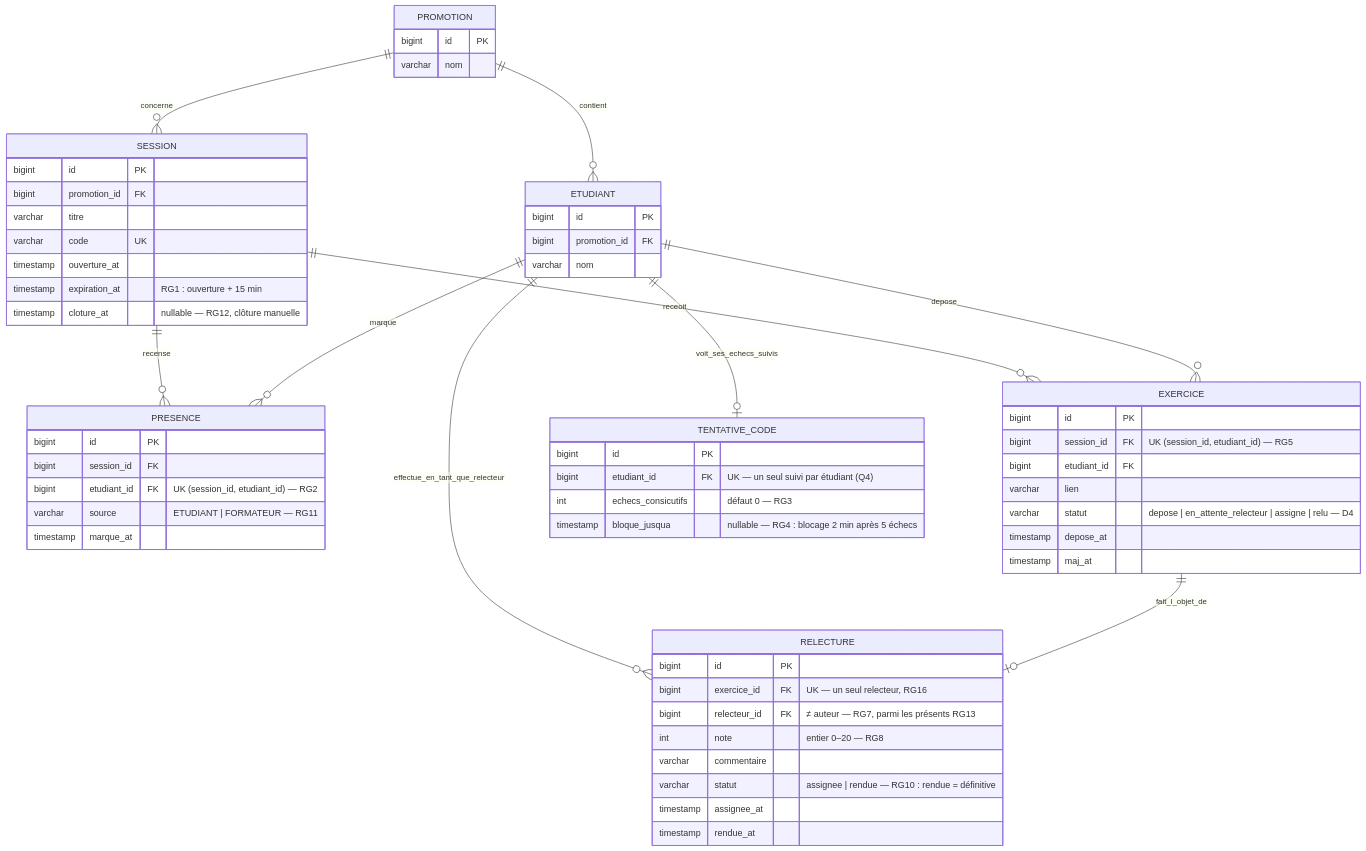
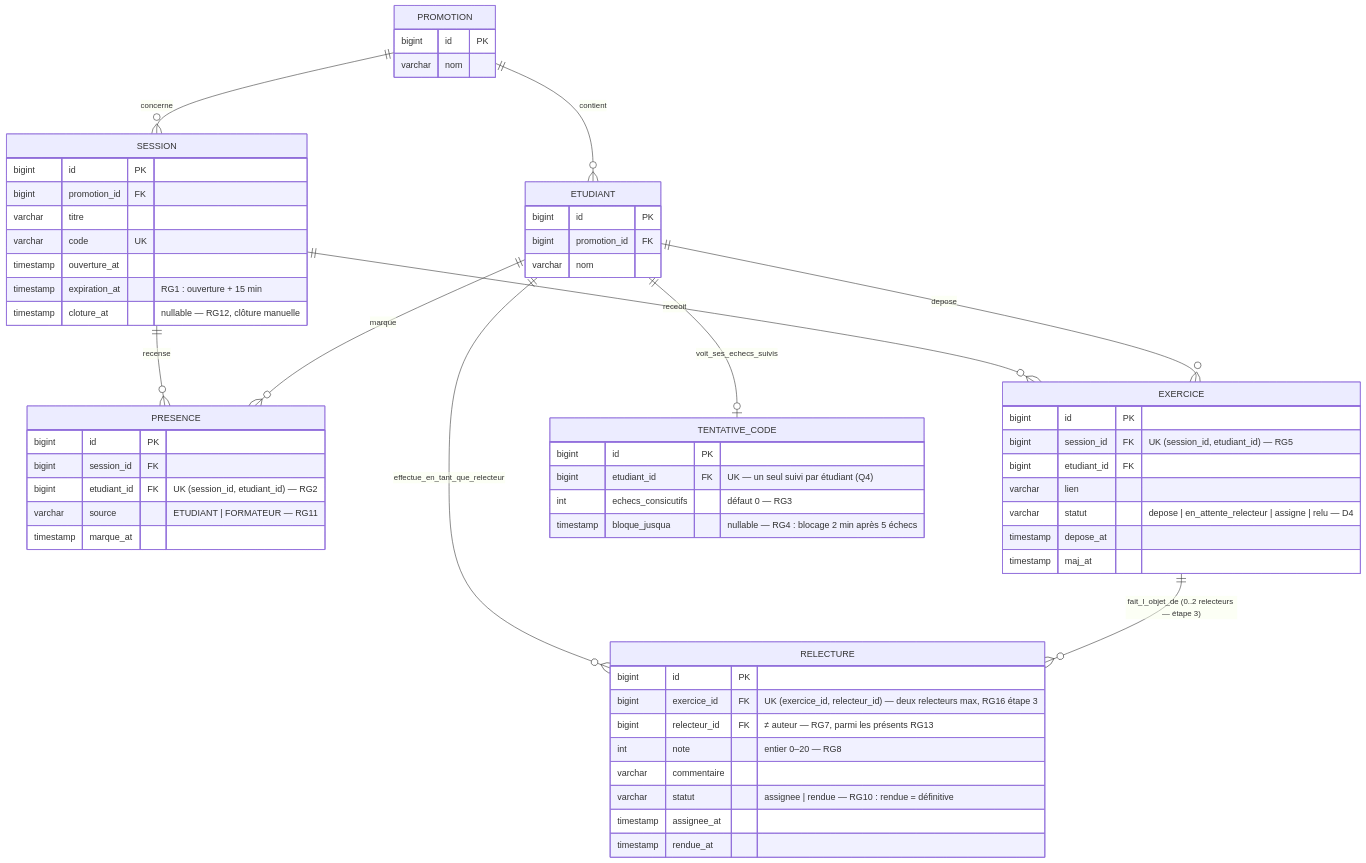
One commit to jordane237/kfokam48-epreuve-247 changed the diagram in docs/diagrammes/D2_classes.md. Above: the diagram before and after it, drawn with Mermaid. The commit also changed other lines of this file and 2 other files, not shown here.

Commit message:
docs: mise à jour de l'analyse suite au changement de besoin étape 3 (double relecture)

````diff
--- a/docs/diagrammes/D2_classes.md
+++ b/docs/diagrammes/D2_classes.md
@@ -5,69 +5,69 @@
 ```mermaid
 erDiagram
     PROMOTION ||--o{ ETUDIANT : "contient"
     PROMOTION ||--o{ SESSION : "concerne"
     SESSION ||--o{ PRESENCE : "recense"
     SESSION ||--o{ EXERCICE : "receoit"
     ETUDIANT ||--o{ PRESENCE : "marque"
     ETUDIANT ||--o{ EXERCICE : "depose"
     ETUDIANT ||--o{ RELECTURE : "effectue_en_tant_que_relecteur"
     ETUDIANT ||--o| TENTATIVE_CODE : "voit_ses_echecs_suivis"
-    EXERCICE ||--o| RELECTURE : "fait_l_objet_de"
+    EXERCICE ||--o{ RELECTURE : "fait_l_objet_de (0..2 relecteurs — étape 3)"
 
     PROMOTION {
         bigint id PK
         varchar nom
     }
 
     ETUDIANT {
         bigint id PK
         bigint promotion_id FK
         varchar nom
     }
 
     SESSION {
         bigint id PK
         bigint promotion_id FK
         varchar titre
         varchar code UK
         timestamp ouverture_at
         timestamp expiration_at "RG1 : ouverture + 15 min"
         timestamp cloture_at "nullable — RG12, clôture manuelle"
     }
 
     PRESENCE {
         bigint id PK
         bigint session_id FK
         bigint etudiant_id FK "UK (session_id, etudiant_id) — RG2"
         varchar source "ETUDIANT | FORMATEUR — RG11"
         timestamp marque_at
     }
 
     EXERCICE {
         bigint id PK
         bigint session_id FK "UK (session_id, etudiant_id) — RG5"
         bigint etudiant_id FK
         varchar lien
         varchar statut "depose | en_attente_relecteur | assigne | relu — D4"
         timestamp depose_at
         timestamp maj_at
     }
 
     RELECTURE {
         bigint id PK
-        bigint exercice_id FK "UK — un seul relecteur, RG16"
+        bigint exercice_id FK "UK (exercice_id, relecteur_id) — deux relecteurs max, RG16 étape 3"
         bigint relecteur_id FK "≠ auteur — RG7, parmi les présents RG13"
         int note "entier 0–20 — RG8"
         varchar commentaire
         varchar statut "assignee | rendue — RG10 : rendue = définitive"
         timestamp assignee_at
         timestamp rendue_at
     }
 
     TENTATIVE_CODE {
         bigint id PK
         bigint etudiant_id FK "UK — un seul suivi par étudiant (Q4)"
         int echecs_consicutifs "défaut 0 — RG3"
         timestamp bloque_jusqua "nullable — RG4 : blocage 2 min après 5 échecs"
     }
 ```
````
